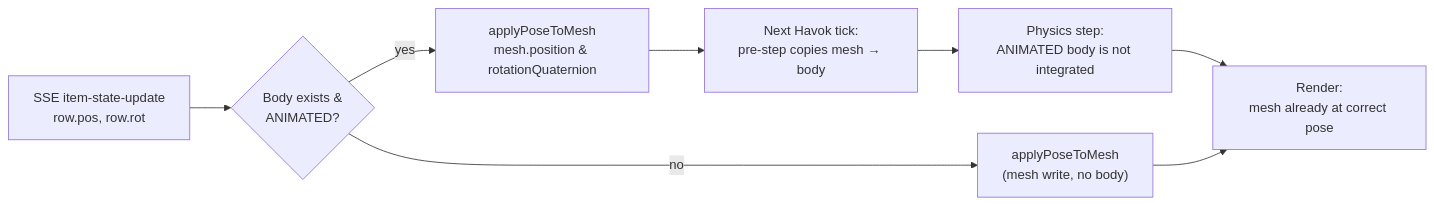
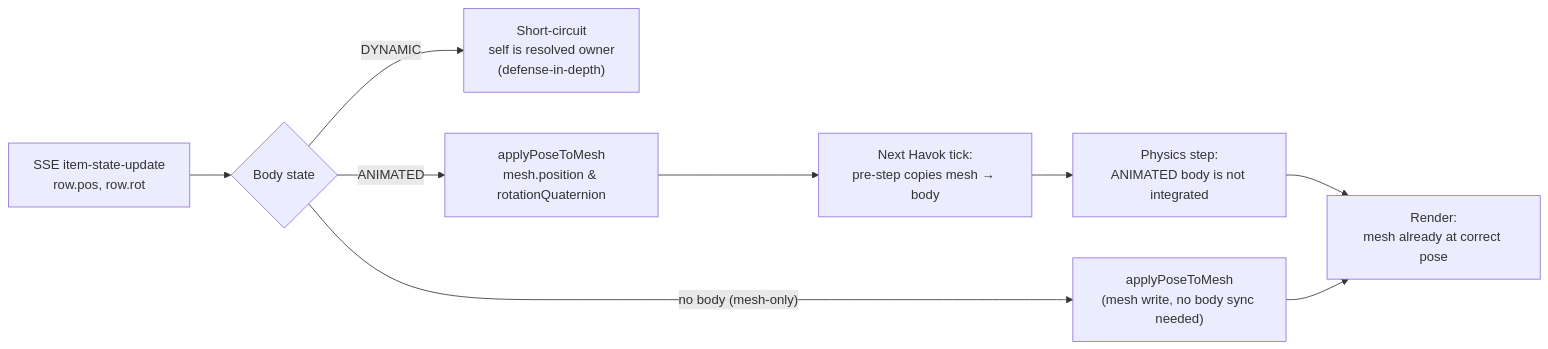
One commit to xqctPeepo/babylon-game-starter changed diagram 12 of 14 in MULTIPLAYER_SYNCH.md. Above: the diagram before and after it, drawn with Mermaid. The commit also changed other lines of this file and 12 other files, not shown here.

````diff
--- a/MULTIPLAYER_SYNCH.md
+++ b/MULTIPLAYER_SYNCH.md
@@ -1244,10 +1288,11 @@
 ```mermaid
 flowchart LR
-  A["SSE item-state-update<br/>row.pos, row.rot"] --> B{Body exists &<br/>ANIMATED?}
-  B -- no --> FALLBACK["applyPoseToMesh<br/>(mesh write, no body)"]
-  B -- yes --> WRITE["applyPoseToMesh<br/>mesh.position &amp; rotationQuaternion"]
+  A["SSE item-state-update<br/>row.pos, row.rot"] --> B{Body state}
+  B -- DYNAMIC --> SHORT["Short-circuit<br/>self is resolved owner<br/>(defense-in-depth)"]
+  B -- ANIMATED --> WRITE["applyPoseToMesh<br/>mesh.position &amp; rotationQuaternion"]
+  B -- "no body (mesh-only)" --> FALLBACK["applyPoseToMesh<br/>(mesh write, no body sync needed)"]
   WRITE --> PRE[Next Havok tick:<br/>pre-step copies mesh → body]
   PRE --> POST[Physics step:<br/>ANIMATED body is not integrated]
   POST --> RENDER[Render:<br/>mesh already at correct pose]
   FALLBACK --> RENDER
 ```
````
